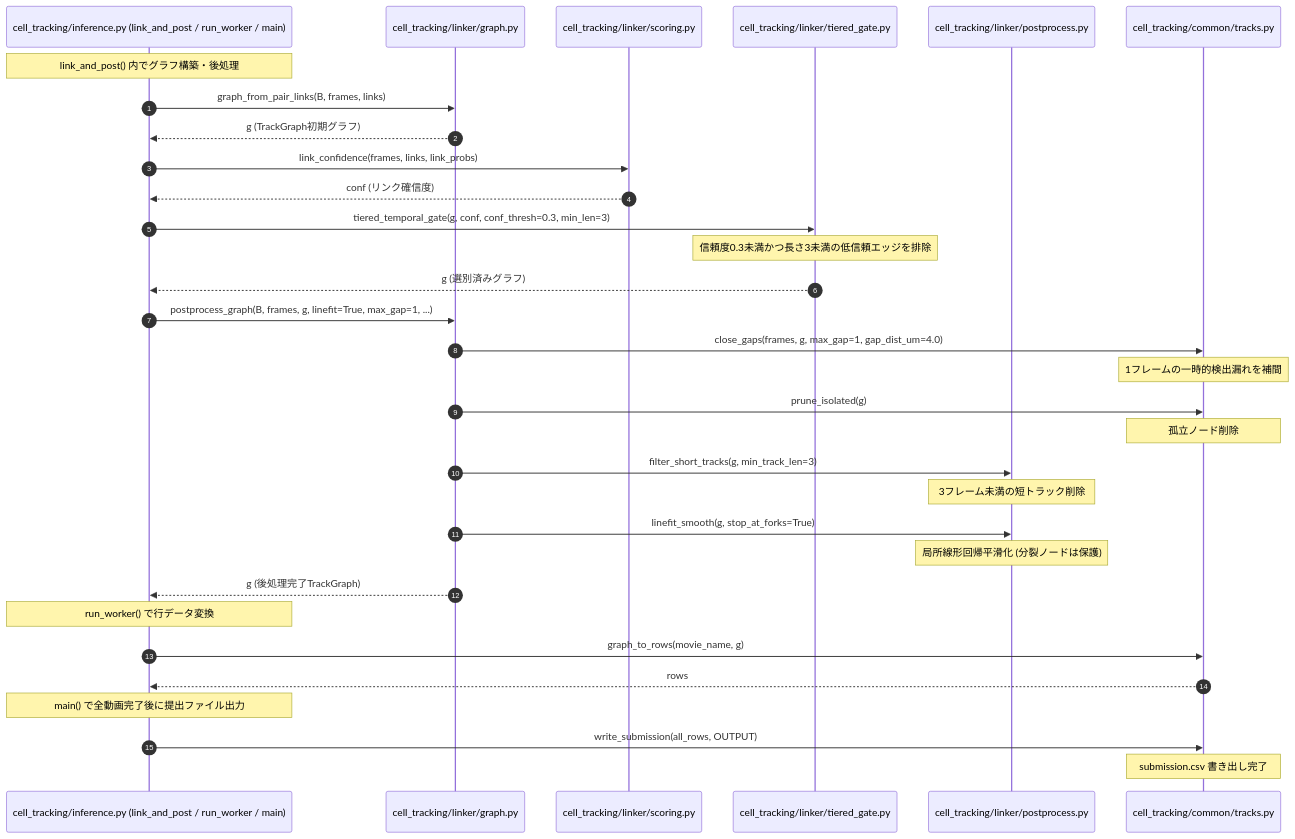
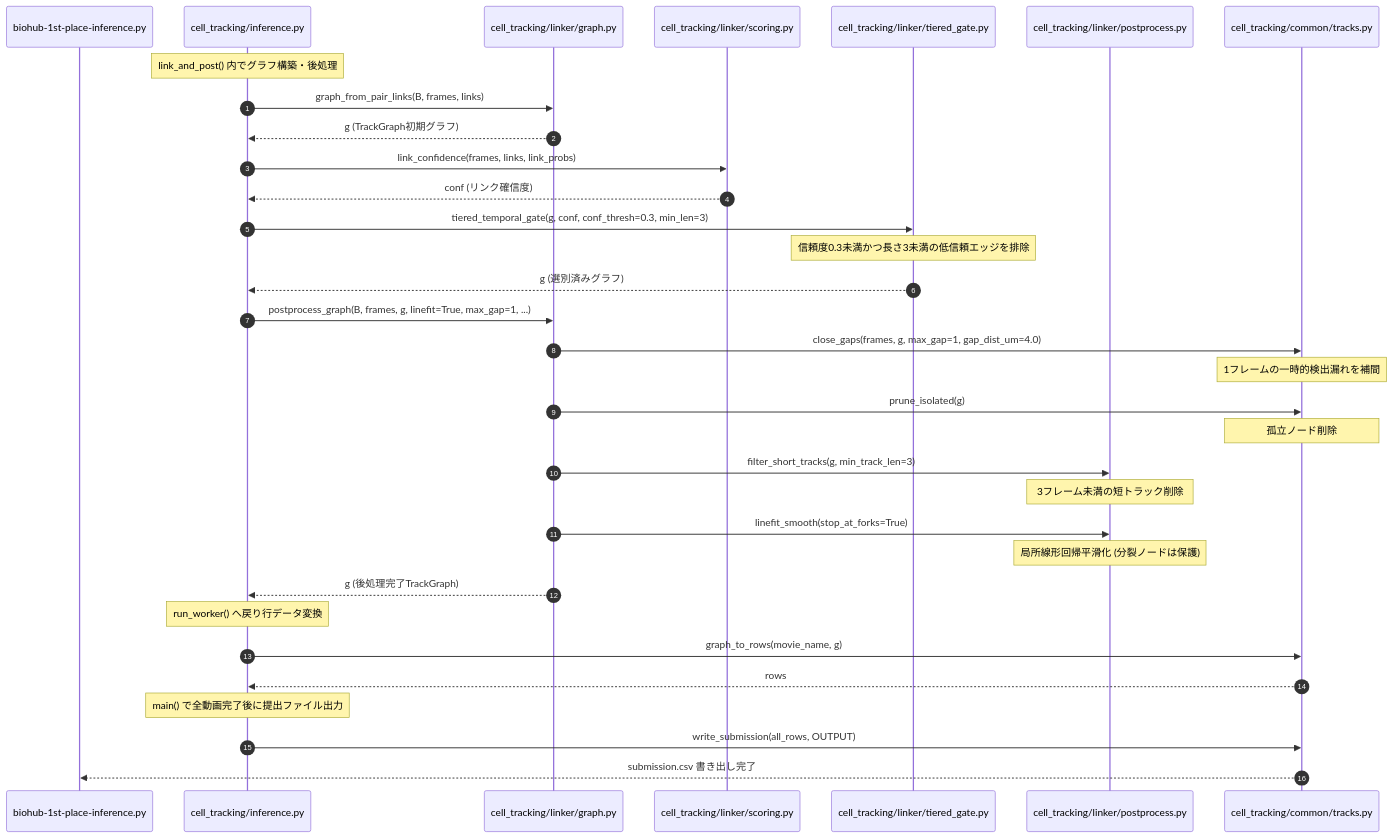
Before and after one commit to kito2718/kaggle_Biohub-Cell_Tracking_During_Development: the fifth of 6 diagrams in episode/Summary&Conclusion/1st-place-summary.md, drawn with Mermaid. The commit also changed other lines of this file, not shown here.

````diff
--- a/episode/Summary&Conclusion/1st-place-summary.md
+++ b/episode/Summary&Conclusion/1st-place-summary.md
@@ -295,39 +300,40 @@
 ```mermaid
 sequenceDiagram
     autonumber
-    participant Main as cell_tracking/inference.py (link_and_post / run_worker / main)
+    participant Entry as biohub-1st-place-inference.py
+    participant Main as cell_tracking/inference.py
     participant GraphMod as cell_tracking/linker/graph.py
     participant ScoreMod as cell_tracking/linker/scoring.py
     participant TierGate as cell_tracking/linker/tiered_gate.py
     participant PostMod as cell_tracking/linker/postprocess.py
     participant Tracks as cell_tracking/common/tracks.py
 
     Note over Main: link_and_post() 内でグラフ構築・後処理
     Main->>GraphMod: graph_from_pair_links(B, frames, links)
     GraphMod-->>Main: g (TrackGraph初期グラフ)
 
     Main->>ScoreMod: link_confidence(frames, links, link_probs)
     ScoreMod-->>Main: conf (リンク確信度)
 
     Main->>TierGate: tiered_temporal_gate(g, conf, conf_thresh=0.3, min_len=3)
     Note over TierGate: 信頼度0.3未満かつ長さ3未満の低信頼エッジを排除
     TierGate-->>Main: g (選別済みグラフ)
 
     Main->>GraphMod: postprocess_graph(B, frames, g, linefit=True, max_gap=1, ...)
     GraphMod->>Tracks: close_gaps(frames, g, max_gap=1, gap_dist_um=4.0)
     Note over Tracks: 1フレームの一時的検出漏れを補間
     GraphMod->>Tracks: prune_isolated(g)
     Note over Tracks: 孤立ノード削除
     GraphMod->>PostMod: filter_short_tracks(g, min_track_len=3)
     Note over PostMod: 3フレーム未満の短トラック削除
-    GraphMod->>PostMod: linefit_smooth(g, stop_at_forks=True)
+    GraphMod->>PostMod: linefit_smooth(stop_at_forks=True)
     Note over PostMod: 局所線形回帰平滑化 (分裂ノードは保護)
     GraphMod-->>Main: g (後処理完了TrackGraph)
 
-    Note over Main: run_worker() で行データ変換
+    Note over Main: run_worker() へ戻り行データ変換
     Main->>Tracks: graph_to_rows(movie_name, g)
     Tracks-->>Main: rows
     Note over Main: main() で全動画完了後に提出ファイル出力
     Main->>Tracks: write_submission(all_rows, OUTPUT)
-    Note over Tracks: submission.csv 書き出し完了
+    Tracks-->>Entry: submission.csv 書き出し完了
 ```
````
